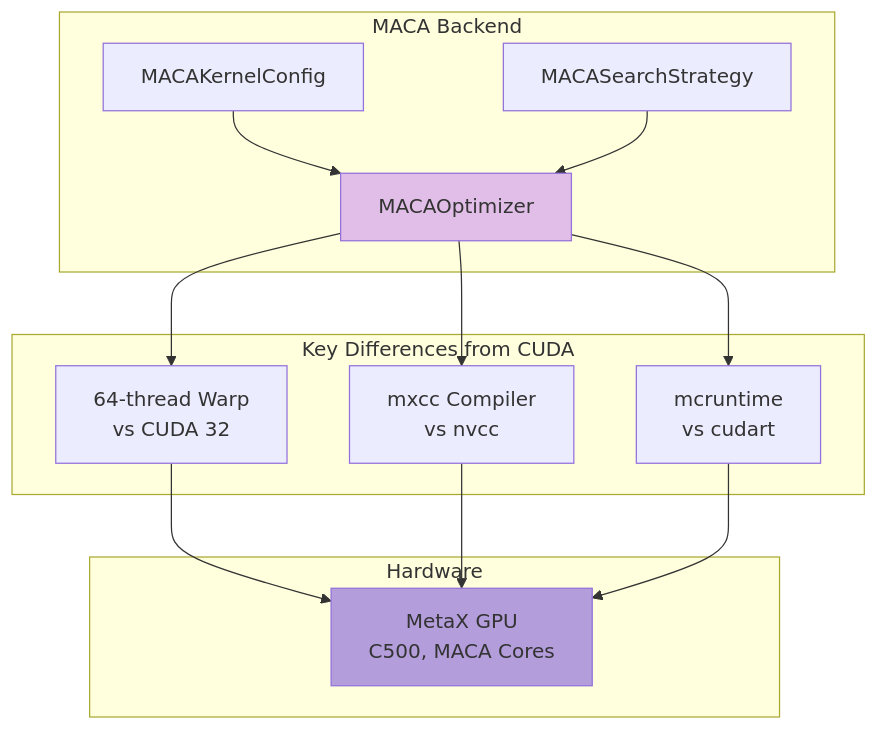
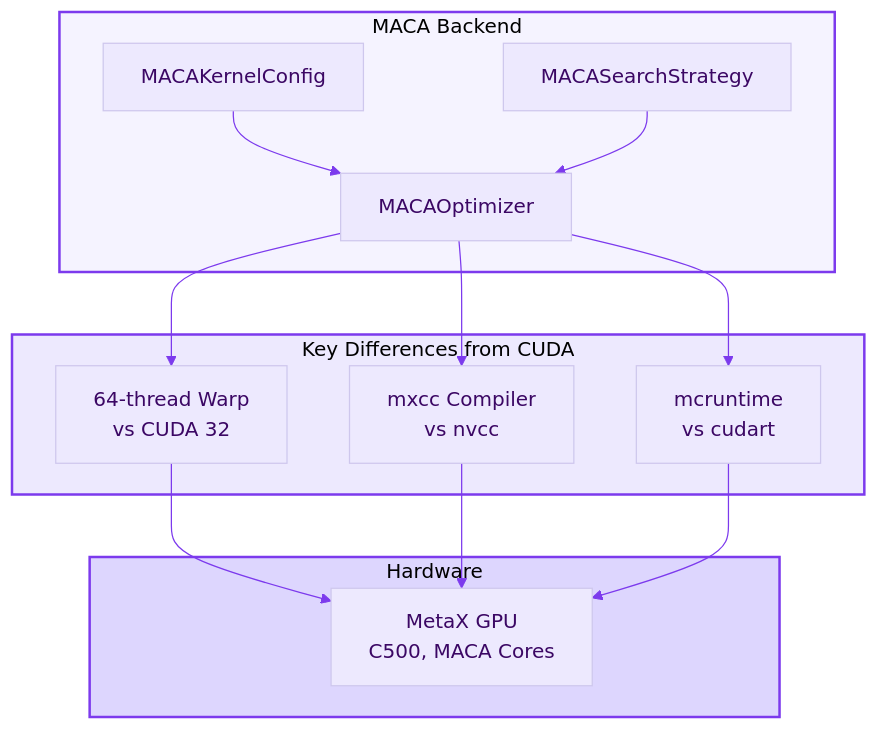
The eighth of 13 diagrams in docs/architecture.md (chenxingqiang/YiRage), drawn with Mermaid before and after one commit. The commit also changed other lines of this file and 9 other files, not shown here.

First line of the commit message:
style: unify Mermaid diagrams to minimal purple theme

````diff
--- a/docs/architecture.md
+++ b/docs/architecture.md
@@ -235,26 +250,28 @@
 ```mermaid
+%%{init: {'theme': 'base', 'themeVariables': { 'primaryColor': '#ede9fe', 'primaryTextColor': '#3b0764', 'lineColor': '#7c3aed'}}}%%
 graph TB
-    subgraph "MACA Backend"
+    subgraph MACA["MACA Backend"]
         A[MACAOptimizer]
         B[MACAKernelConfig]
         C[MACASearchStrategy]
     end
 
-    subgraph "Key Differences from CUDA"
+    subgraph DIFF["Key Differences from CUDA"]
         D[64-thread Warp<br/>vs CUDA 32]
         E[mxcc Compiler<br/>vs nvcc]
         F[mcruntime<br/>vs cudart]
     end
 
-    subgraph "Hardware"
+    subgraph HW["Hardware"]
         G[MetaX GPU<br/>C500, MACA Cores]
     end
 
     A --> D & E & F
     B --> A
     C --> A
     D & E & F --> G
 
-    style A fill:#e1bee7
-    style G fill:#b39ddb
+    style MACA fill:#f5f3ff,stroke:#7c3aed,stroke-width:2px
+    style DIFF fill:#ede9fe,stroke:#7c3aed,stroke-width:2px
+    style HW fill:#ddd6fe,stroke:#7c3aed,stroke-width:2px
 ```
````
